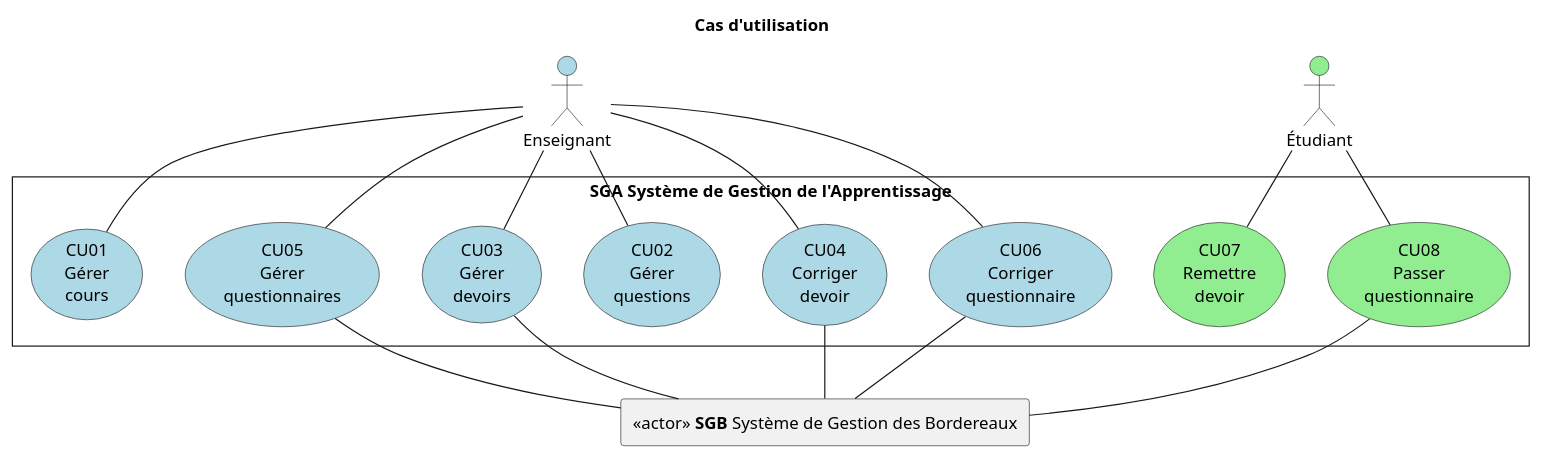
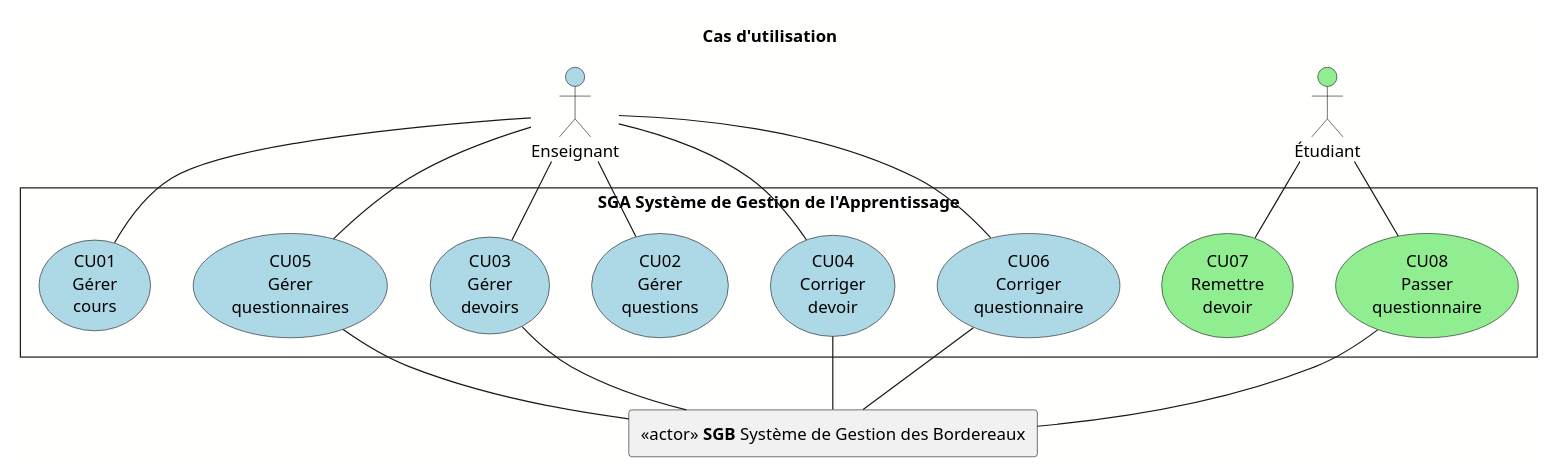
The first of 2 diagrams in README-exigences-client.puml (profcfuhrmanets/log210-enonce-lab1), drawn with PlantUML before and after one commit. The commit also changed 2 other files, not shown here.

```diff
--- a/README-exigences-client.puml
+++ b/README-exigences-client.puml
@@ -1,34 +1,34 @@
 @startuml DiagCasUtilisation
 title Cas d'utilisation
 skinparam style strictuml
-skinparam backgroundcolor #ffffff
+skinparam backgroundcolor #FFFFFE
 'left to right direction
 rectangle "SGA Système de Gestion de l'Apprentissage" {
     (CU01\nGérer\ncours) as gc #lightblue
     (CU02\nGérer\nquestions) as gq2 #lightblue
     (CU03\nGérer\ndevoirs) as gd #lightblue
     (CU04\nCorriger\ndevoir) as cd #lightblue
     (CU05\nGérer\nquestionnaires) as gq1 #lightblue
     (CU06\nCorriger\nquestionnaire) as cq #lightblue
     (CU07\nRemettre\ndevoir) as rd #lightgreen
     (CU08\nPasser\nquestionnaire) as pq #lightgreen
 }
 'actor "Administrateur" as A
 actor "Enseignant" as P #lightblue
 actor "Étudiant" as E #lightgreen
 rectangle "<<actor>> **SGB** Système de Gestion des Bordereaux" as signets
 P -- gc
 P -- gq1
 P -- gq2
 P -- gd
 P -- cd
 P -- cq
 'A -- ie
 E -- pq
 E -- rd
 signets -u- gq1
 signets -u- gd
 signets -u- pq
 signets -u- cd
 signets -u- cq
 @enduml
```
